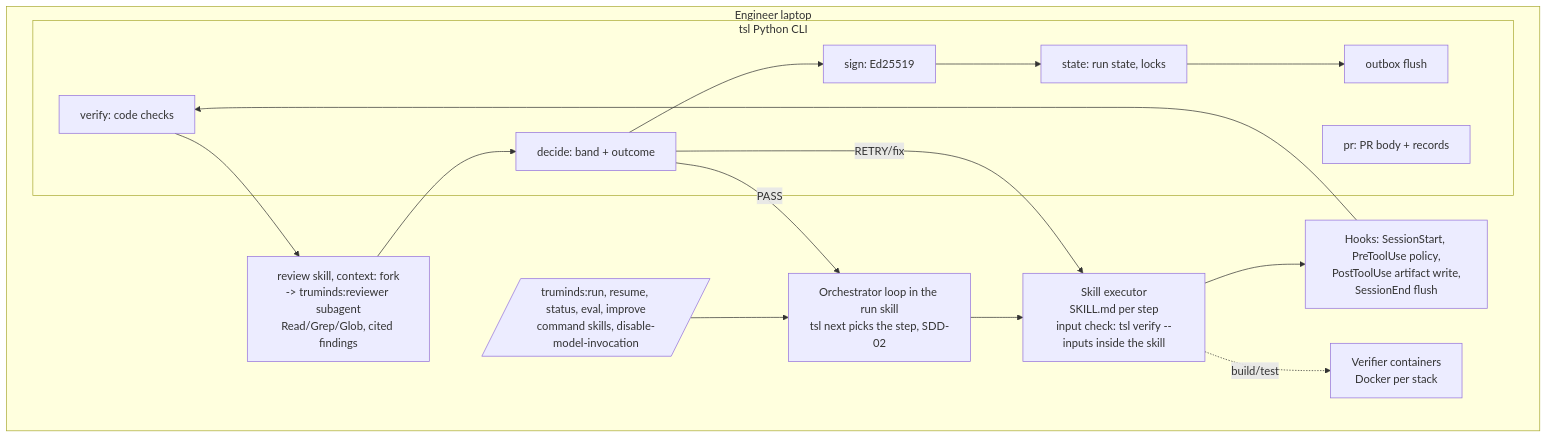
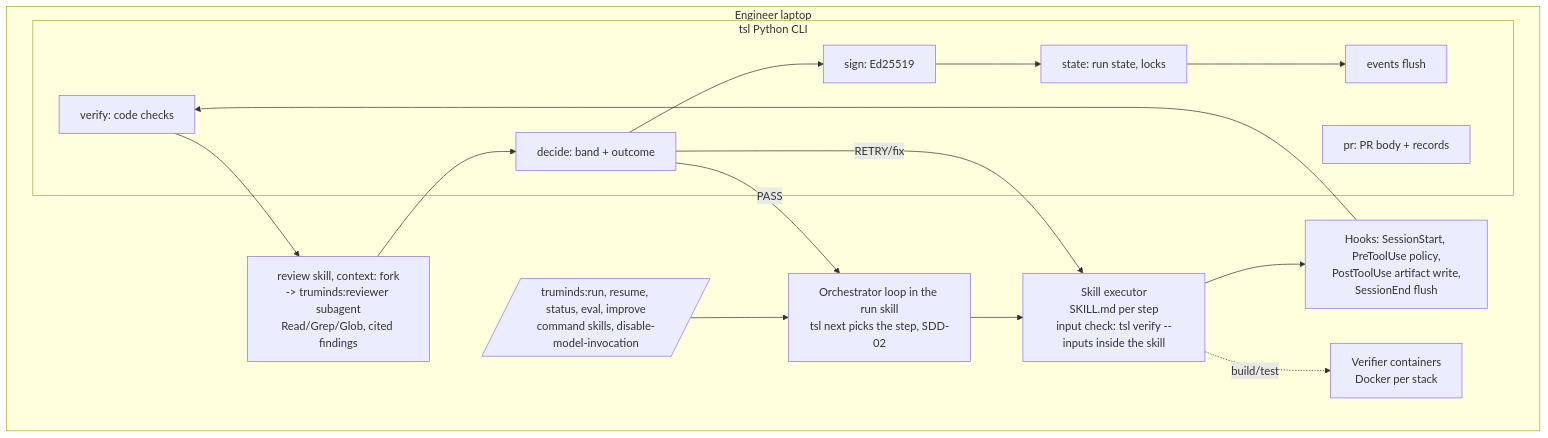
One commit to puneetsinghnanda/AI-Skill-Library changed the second of 9 diagrams in docs/architecture/03-architecture.md. Above: the diagram before and after it, drawn with Mermaid. The commit also changed other lines of this file and 30 other files, not shown here.

````diff
--- a/docs/architecture/03-architecture.md
+++ b/docs/architecture/03-architecture.md
@@ -64,26 +64,26 @@
 ```mermaid
 flowchart TB
   subgraph Laptop[Engineer laptop]
     CMD[/truminds:run, resume, status, eval, improve\ncommand skills, disable-model-invocation/]
     ORC[Orchestrator loop in the run skill\ntsl next picks the step, SDD-02]
     SK[Skill executor\nSKILL.md per step\ninput check: tsl verify --inputs inside the skill]
     REV[review skill, context: fork\n-> truminds:reviewer subagent\nRead/Grep/Glob, cited findings]
     subgraph TSL[tsl Python CLI]
       V[verify: code checks]
       D[decide: band + outcome]
       ST[state: run state, locks]
       PR[pr: PR body + records]
       SG[sign: Ed25519]
-      OB[outbox flush]
+      OB[events flush]
     end
     HK[Hooks: SessionStart, PreToolUse policy,\nPostToolUse artifact write,\nSessionEnd flush]
     VC[Verifier containers\nDocker per stack]
   end
   CMD --> ORC --> SK --> HK --> V
   V --> REV --> D
   D -- RETRY/fix --> SK
   D -- PASS --> ORC
   SK -. build/test .-> VC
   D --> SG --> ST
   ST --> OB
 ```
````
